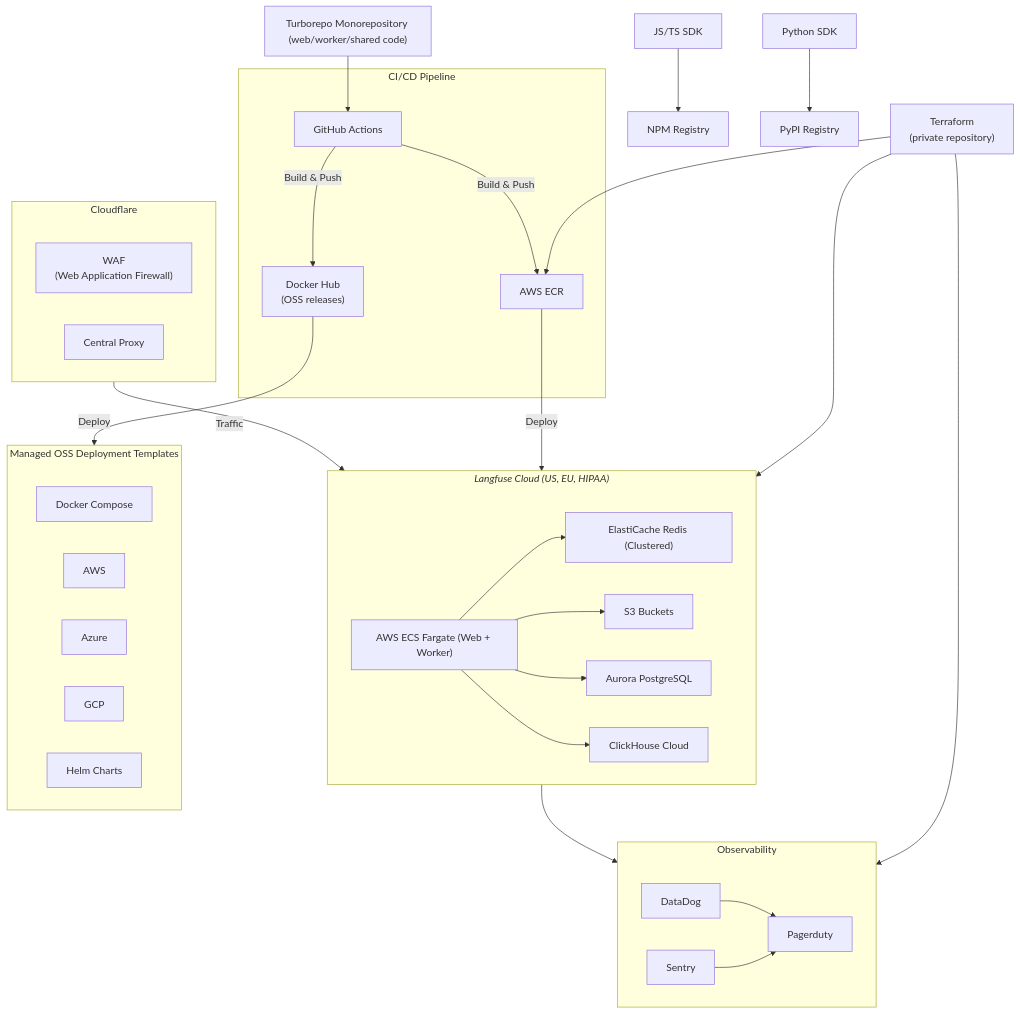
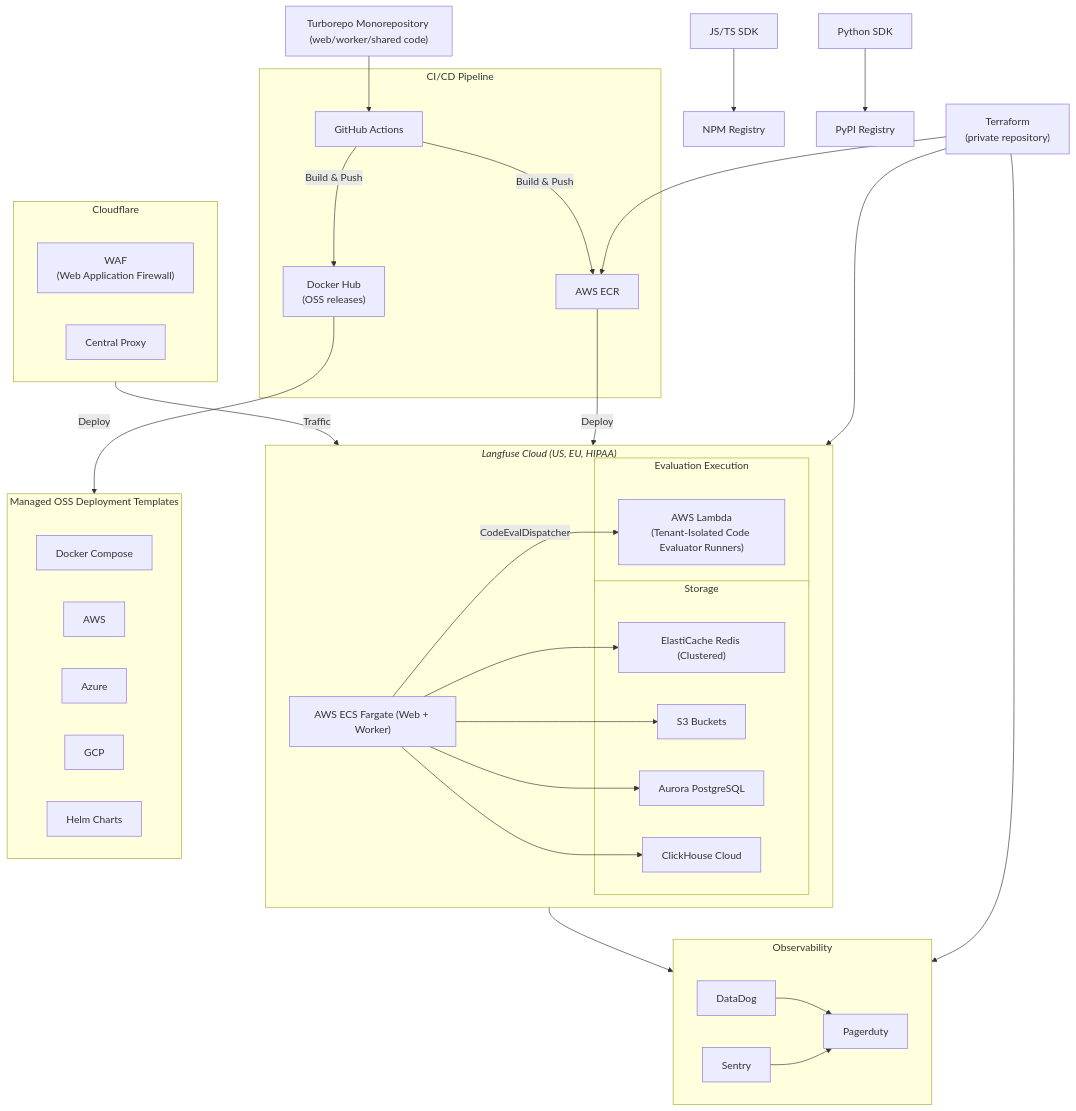
Before and after one commit to langfuse/langfuse-docs: the fourth of 4 diagrams in content/handbook/product-engineering/architecture.mdx, drawn with Mermaid. The commit also changed other lines of this file, not shown here.

Commit message:
docs(handbook): add code evaluator Lambda architecture (#3065)

```diff
--- a/content/handbook/product-engineering/architecture.mdx
+++ b/content/handbook/product-engineering/architecture.mdx
@@ -98,10 +113,23 @@
 
     subgraph VPN["<span style='display:block; width:100%; text-align:left; white-space: nowrap;'><i>Langfuse Cloud (US, EU, HIPAA)</i></span>"]
         ECS["AWS ECS Fargate (Web + Worker)"]
-        ECS --> ElastiCache["ElastiCache Redis (Clustered)"]
-        ECS --> S3[S3 Buckets]
-        ECS --> Aurora[Aurora PostgreSQL]
-        ECS --> CH[ClickHouse Cloud]
+
+        subgraph StorageInfra["Storage"]
+            ElastiCache["ElastiCache Redis (Clustered)"]
+            S3[S3 Buckets]
+            Aurora[Aurora PostgreSQL]
+            CH[ClickHouse Cloud]
+        end
+
+        subgraph EvaluationInfra["Evaluation Execution"]
+            Lambda["AWS Lambda<br/>(Tenant-Isolated Code Evaluator Runners)"]
+        end
+
+        ECS --> ElastiCache
+        ECS --> S3
+        ECS --> Aurora
+        ECS --> CH
+        ECS -->|CodeEvalDispatcher| Lambda
     end
 
     subgraph OSS["Managed OSS Deployment Templates"]
```
